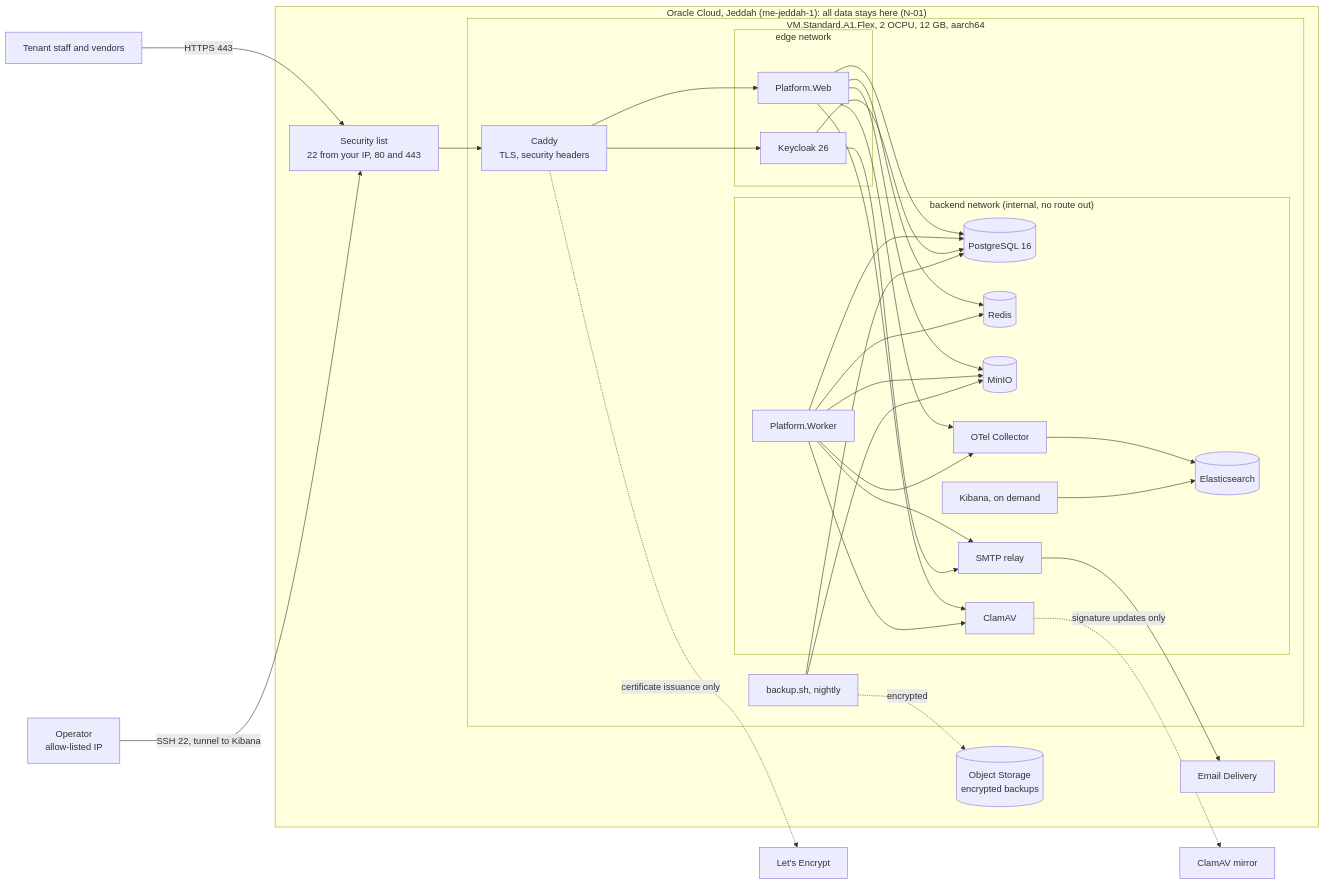
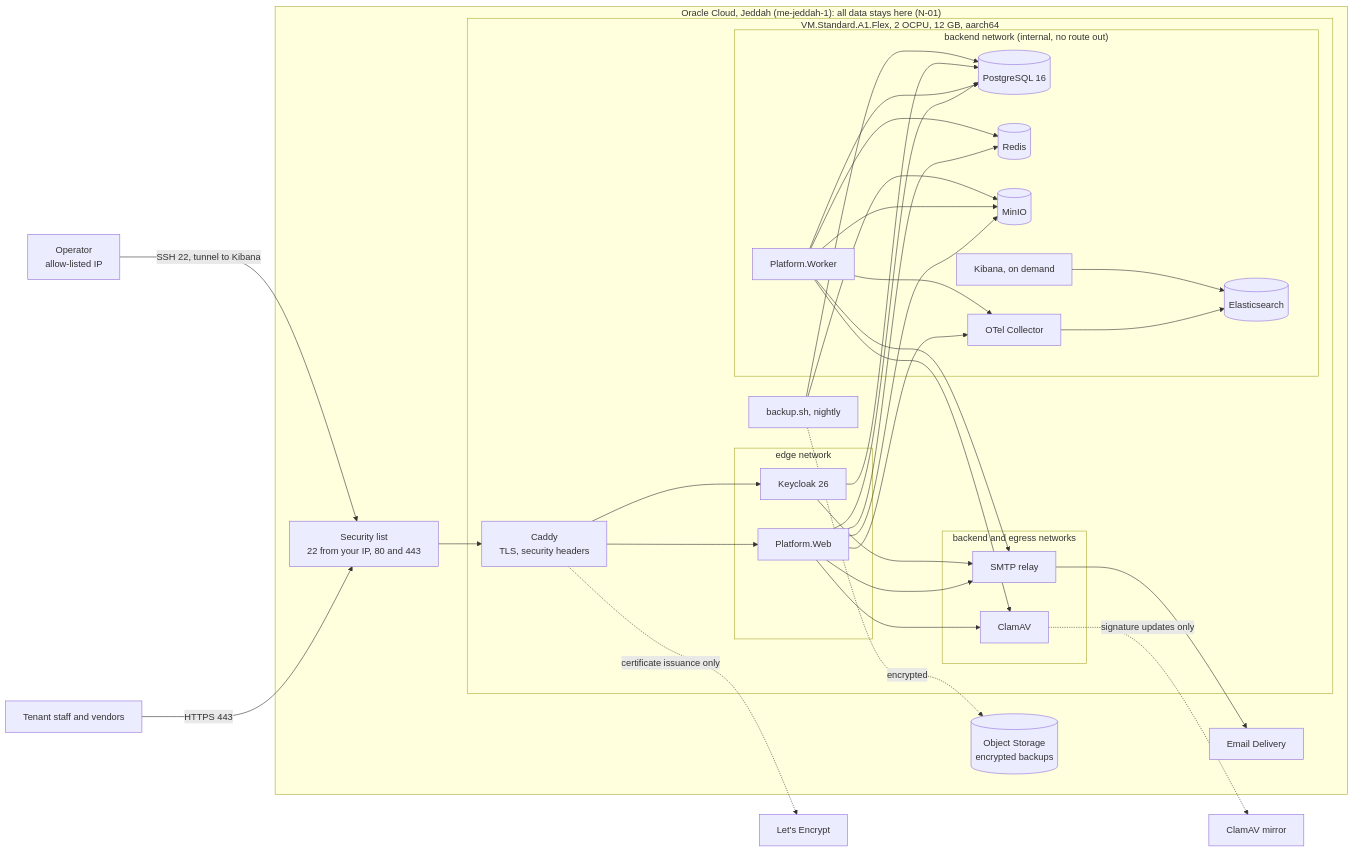
Before and after one commit to AhmedAssaf/ERP: the first of 2 diagrams in docs/19-pilot-runbook.md, drawn with Mermaid. The commit also changed other lines of this file and 1 other file, not shown here.

````diff
--- a/docs/19-pilot-runbook.md
+++ b/docs/19-pilot-runbook.md
@@ -10,37 +10,39 @@
 ```mermaid
 flowchart LR
     U["Tenant staff and vendors"] -->|"HTTPS 443"| SL
     OP["Operator<br/>allow-listed IP"] -->|"SSH 22, tunnel to Kibana"| SL
     subgraph OCI["Oracle Cloud, Jeddah (me-jeddah-1): all data stays here (N-01)"]
         SL["Security list<br/>22 from your IP, 80 and 443"] --> CADDY
         subgraph VM["VM.Standard.A1.Flex, 2 OCPU, 12 GB, aarch64"]
             CADDY["Caddy<br/>TLS, security headers"]
             subgraph EDGE["edge network"]
                 WEB["Platform.Web"]
                 KC["Keycloak 26"]
             end
             subgraph BACK["backend network (internal, no route out)"]
                 WRK["Platform.Worker"]
                 PG[("PostgreSQL 16")]
                 RD[("Redis")]
                 S3[("MinIO")]
-                AV["ClamAV"]
-                RELAY["SMTP relay"]
                 COL["OTel Collector"] --> ES[("Elasticsearch")]
                 KIB["Kibana, on demand"]
             end
+            subgraph EGR["backend and egress networks"]
+                AV["ClamAV"]
+                RELAY["SMTP relay"]
+            end
             CADDY --> WEB & KC
-            WEB --> PG & RD & S3 & AV & COL
+            WEB --> PG & RD & S3 & AV & RELAY & COL
             WRK --> PG & RD & S3 & AV & RELAY & COL
             KC --> PG & RELAY
             KIB --> ES
             BK["backup.sh, nightly"] --> PG & S3
         end
         OS[("Object Storage<br/>encrypted backups")]
         MAIL["Email Delivery"]
     end
     BK -.->|"encrypted"| OS
     RELAY --> MAIL
     AV -.->|"signature updates only"| CDN["ClamAV mirror"]
     CADDY -.->|"certificate issuance only"| LE["Let's Encrypt"]
 ```
````
